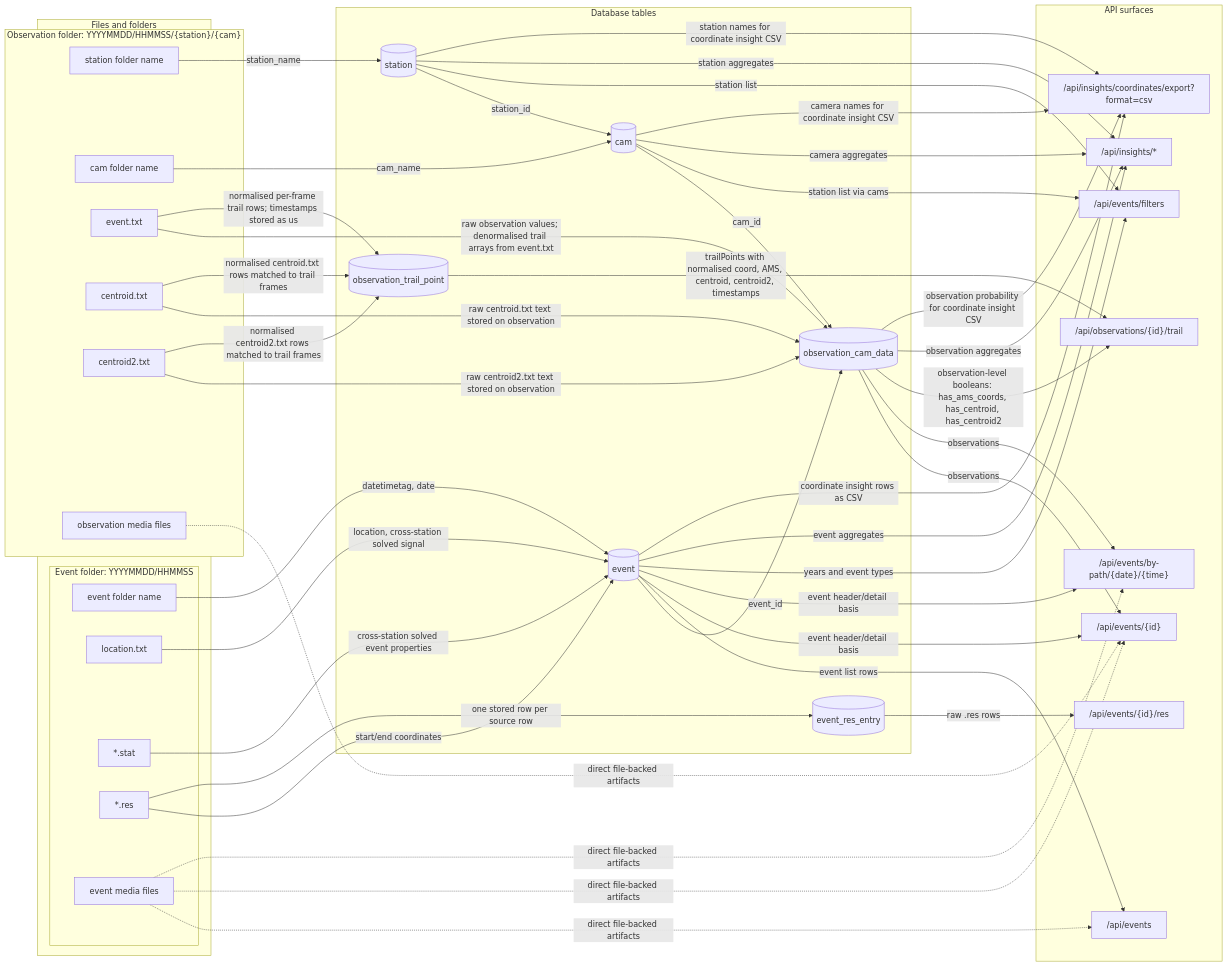
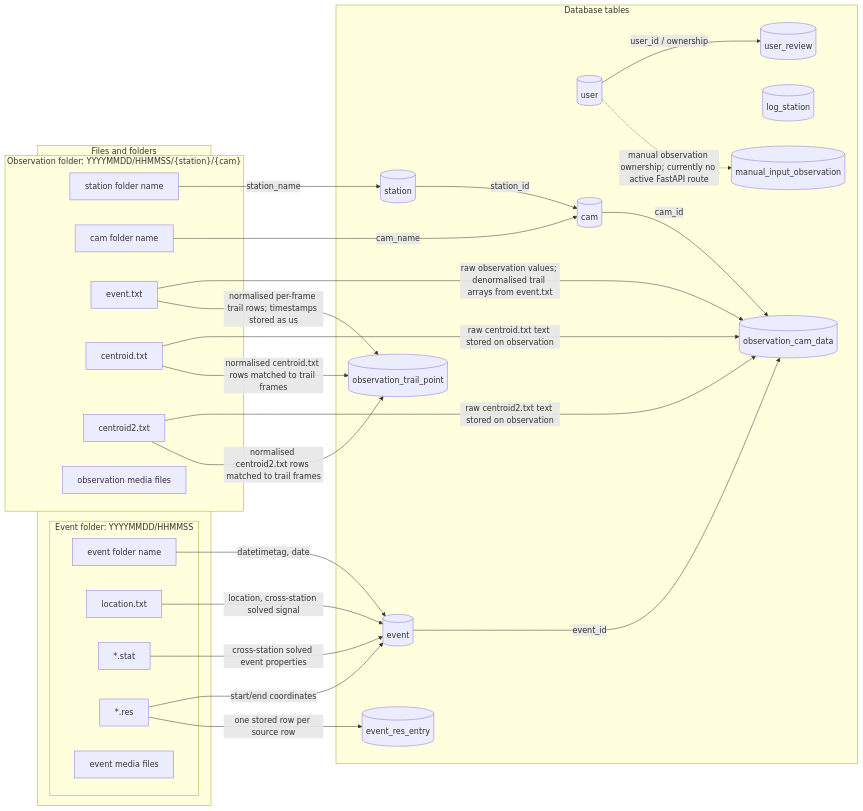
Before and after one commit to norskmeteornettverk/ildkule-backend: the first of 6 diagrams in docs/api-db-file-lineage.md, drawn with Mermaid. The commit also changed other lines of this file, not shown here.

Commit message:
Update API DB lineage diagrams

````diff
--- a/docs/api-db-file-lineage.md
+++ b/docs/api-db-file-lineage.md
@@ -25,82 +27,52 @@
 ```mermaid
 flowchart LR
     subgraph F["Files and folders"]
         subgraph FE["Event folder: YYYYMMDD/HHMMSS"]
             F0["event folder name"]
             F1["location.txt"]
             F2["*.stat"]
             F3["*.res"]
             F7["event media files"]
         end
         subgraph FO["Observation folder: YYYYMMDD/HHMMSS/{station}/{cam}"]
             F4["station folder name"]
             F5["cam folder name"]
             F6["event.txt"]
             F9["centroid.txt"]
             F10["centroid2.txt"]
             F8["observation media files"]
         end
     end
 
     subgraph D["Database tables"]
+        D0[(user)]
         D1[(event)]
         D2[(station)]
         D3[(cam)]
         D4[(observation_cam_data)]
         D5[(event_res_entry)]
         D6[(observation_trail_point)]
-    end
-
-    subgraph A["API surfaces"]
-        A1["/api/events"]
-        A2["/api/events/{id}"]
-        A3["/api/events/by-path/{date}/{time}"]
-        A4["/api/events/{id}/res"]
-        A5["/api/observations/{id}/trail"]
-        A8["/api/events/filters"]
-        A9["/api/insights/*"]
-        A10["/api/insights/coordinates/export?format=csv"]
+        D7[(log_station)]
+        D8[(user_review)]
+        D9[(manual_input_observation)]
     end
 
     F0 -- "datetimetag, date" --> D1
     F1 -- "location, cross-station solved signal" --> D1
     F2 -- "cross-station solved event properties" --> D1
     F3 -- "start/end coordinates" --> D1
     F3 -- "one stored row per source row" --> D5
     F4 -- "station_name" --> D2
     F5 -- "cam_name" --> D3
     F6 -- "raw observation values; denormalised trail arrays from event.txt" --> D4
     F6 -- "normalised per-frame trail rows; timestamps stored as us" --> D6
     F9 -- "raw centroid.txt text stored on observation" --> D4
     F9 -- "normalised centroid.txt rows matched to trail frames" --> D6
     F10 -- "raw centroid2.txt text stored on observation" --> D4
     F10 -- "normalised centroid2.txt rows matched to trail frames" --> D6
     D2 -- "station_id" --> D3
     D3 -- "cam_id" --> D4
     D1 -- "event_id" --> D4
-
-    D1 -- "event list rows" --> A1
-    D1 -- "event header/detail basis" --> A2
-    D1 -- "event header/detail basis" --> A3
-    D4 -- "observations" --> A2
-    D4 -- "observations" --> A3
-    D5 -- "raw .res rows" --> A4
-    D6 -- "trailPoints with normalised coord, AMS, centroid, centroid2, timestamps" --> A5
-    D4 -- "observation-level booleans: has_ams_coords, has_centroid, has_centroid2" --> A5
-    D1 -- "years and event types" --> A8
-    D2 -- "station list" --> A8
-    D3 -- "station list via cams" --> A8
-    D1 -- "event aggregates" --> A9
-    D2 -- "station aggregates" --> A9
-    D3 -- "camera aggregates" --> A9
-    D4 -- "observation aggregates" --> A9
-    D1 -- "coordinate insight rows as CSV" --> A10
-    D2 -- "station names for coordinate insight CSV" --> A10
-    D3 -- "camera names for coordinate insight CSV" --> A10
-    D4 -- "observation probability for coordinate insight CSV" --> A10
-
-    F7 -. "direct file-backed artifacts" .-> A1
-    F7 -. "direct file-backed artifacts" .-> A2
-    F7 -. "direct file-backed artifacts" .-> A3
-    F8 -. "direct file-backed artifacts" .-> A2
+    D0 -- "user_id / ownership" --> D8
+    D0 -. "manual observation ownership; currently no active FastAPI route" .-> D9
 ```
````
